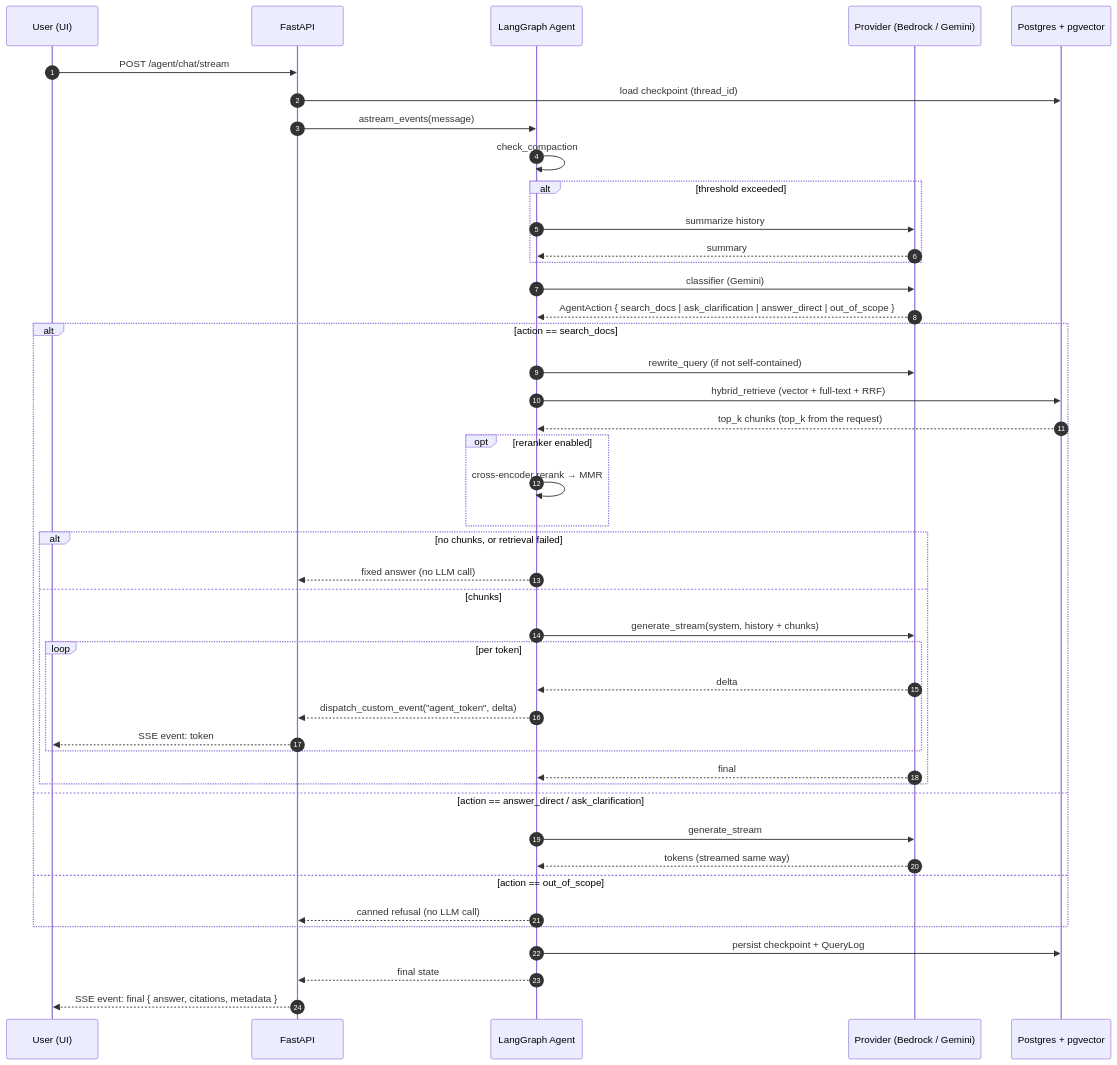
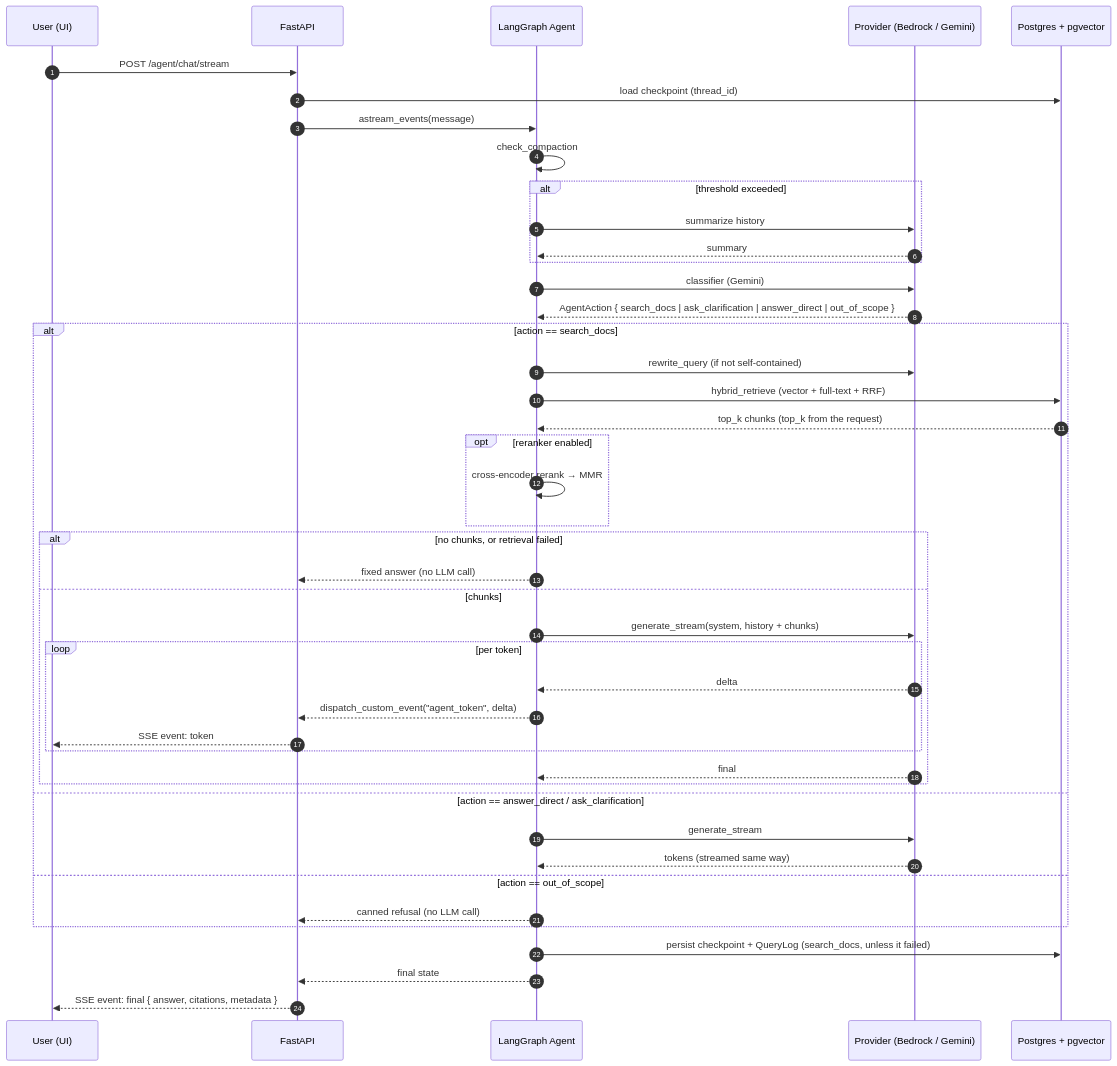
The second of 4 diagrams in ARCHITECTURE.md (FrancoCazal/WhisperDocs), drawn with Mermaid before and after one commit. The commit also changed other lines of this file and 10 other files, not shown here.

First line of the commit message:
fix(agent): keep failed answers out of prompts, summaries and query logs

````diff
--- a/ARCHITECTURE.md
+++ b/ARCHITECTURE.md
@@ -95,47 +95,47 @@
 ```mermaid
 sequenceDiagram
   autonumber
   participant U as User (UI)
   participant API as FastAPI
   participant G as LangGraph Agent
   participant LLM as Provider (Bedrock / Gemini)
   participant DB as Postgres + pgvector
 
   U->>API: POST /agent/chat/stream
   API->>DB: load checkpoint (thread_id)
   API->>G: astream_events(message)
   G->>G: check_compaction
   alt threshold exceeded
     G->>LLM: summarize history
     LLM-->>G: summary
   end
   G->>LLM: classifier (Gemini)
   LLM-->>G: AgentAction { search_docs | ask_clarification | answer_direct | out_of_scope }
   alt action == search_docs
     G->>LLM: rewrite_query (if not self-contained)
     G->>DB: hybrid_retrieve (vector + full-text + RRF)
     DB-->>G: top_k chunks (top_k from the request)
     opt reranker enabled
       G->>G: cross-encoder rerank → MMR
     end
     alt no chunks, or retrieval failed
       G-->>API: fixed answer (no LLM call)
     else chunks
       G->>LLM: generate_stream(system, history + chunks)
       loop per token
         LLM-->>G: delta
         G-->>API: dispatch_custom_event("agent_token", delta)
         API-->>U: SSE event: token
       end
       LLM-->>G: final
     end
   else action == answer_direct / ask_clarification
     G->>LLM: generate_stream
     LLM-->>G: tokens (streamed same way)
   else action == out_of_scope
     G-->>API: canned refusal (no LLM call)
   end
-  G->>DB: persist checkpoint + QueryLog
+  G->>DB: persist checkpoint + QueryLog (search_docs, unless it failed)
   G-->>API: final state
   API-->>U: SSE event: final { answer, citations, metadata }
 ```
````
